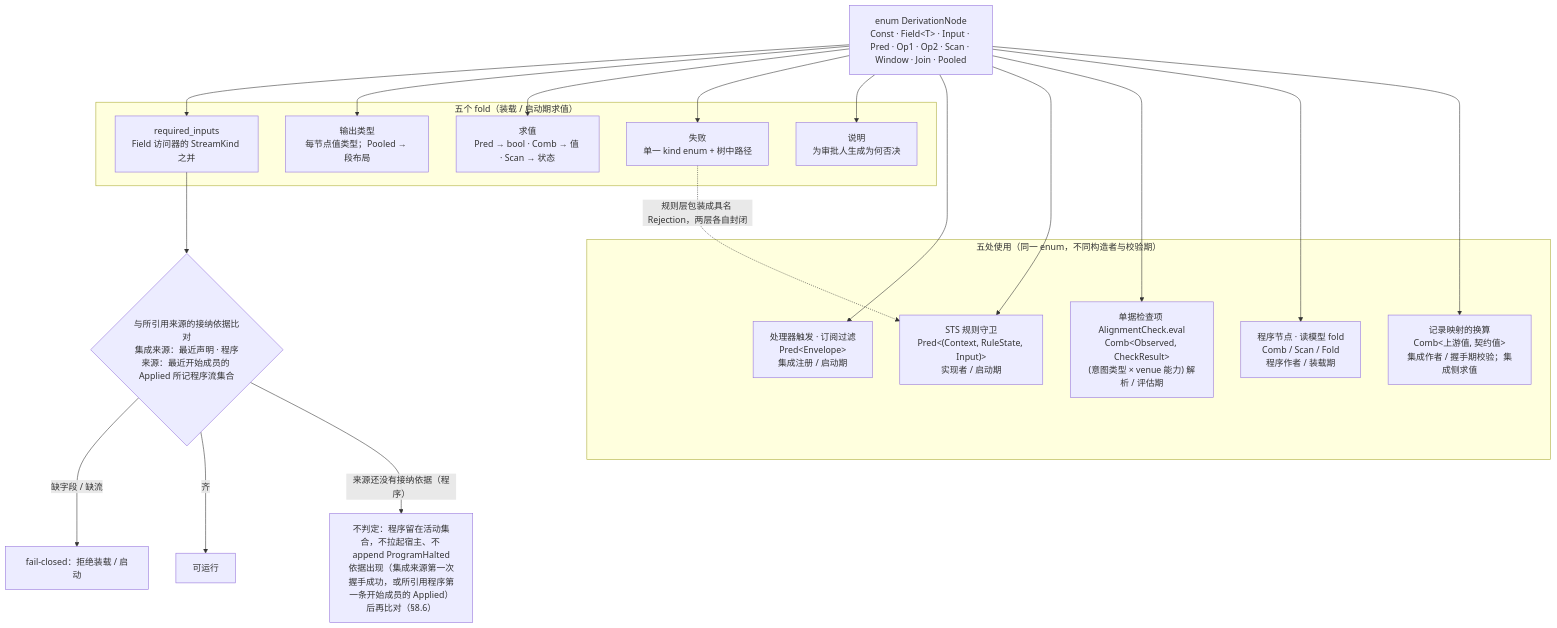
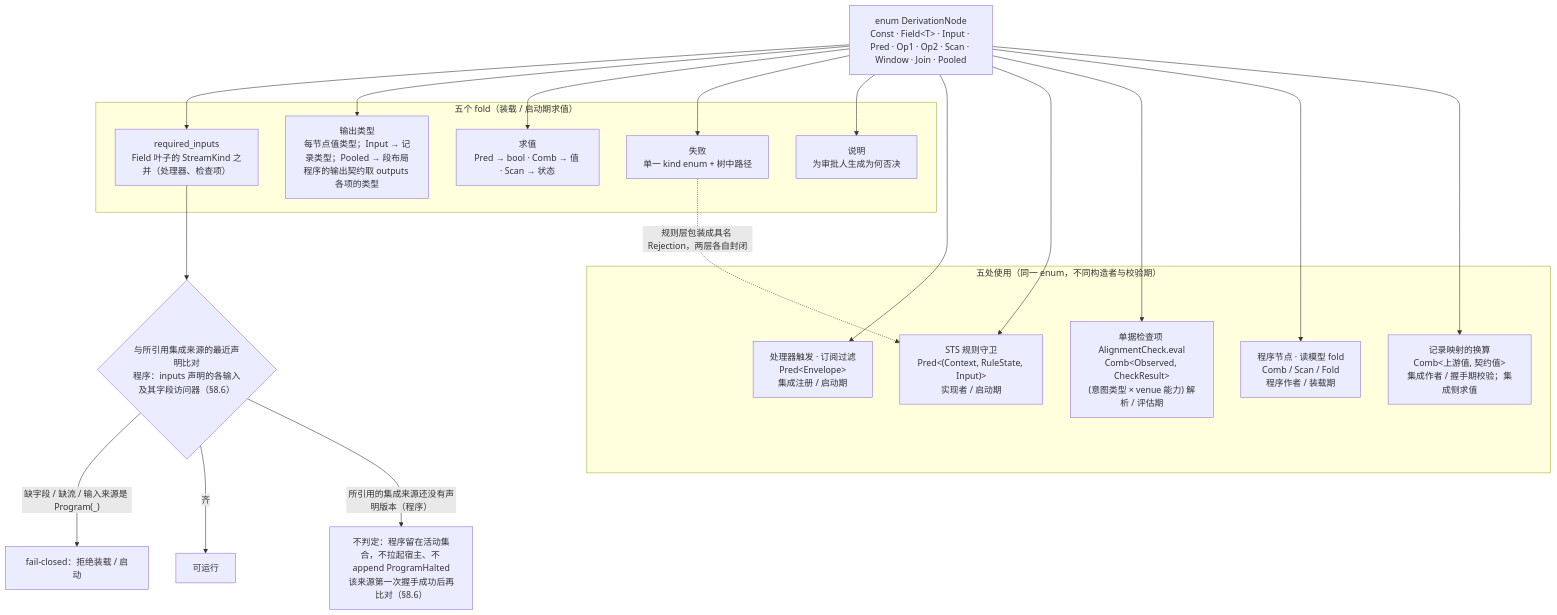
Before and after one commit to mouriya-s-lab/uta: the third of 4 diagrams in design/diagrams/02-record-model.md, drawn with Mermaid. The commit also changed other lines of this file and 14 other files, not shown here.

````diff
--- a/design/diagrams/02-record-model.md
+++ b/design/diagrams/02-record-model.md
@@ -73,25 +73,25 @@
 ```mermaid
 flowchart TB
   ENUM["enum DerivationNode<br/>Const · Field&lt;T&gt; · Input · Pred · Op1 · Op2 · Scan · Window · Join · Pooled"]
   subgraph FOLDS["五个 fold（装载 / 启动期求值）"]
-    F1["required_inputs<br/>Field 访问器的 StreamKind 之并"]
-    F2["输出类型<br/>每节点值类型；Pooled → 段布局"]
+    F1["required_inputs<br/>Field 叶子的 StreamKind 之并（处理器、检查项）"]
+    F2["输出类型<br/>每节点值类型；Input → 记录类型；Pooled → 段布局<br/>程序的输出契约取 outputs 各项的类型"]
     F3["求值<br/>Pred → bool · Comb → 值 · Scan → 状态"]
     F4["失败<br/>单一 kind enum + 树中路径"]
     F5["说明<br/>为审批人生成为何否决"]
   end
   ENUM --> F1 & F2 & F3 & F4 & F5
-  F1 --> CMP{"与所引用来源的接纳依据比对<br/>集成来源：最近声明 · 程序来源：最近开始成员的 Applied 所记程序流集合"}
-  CMP -->|"缺字段 / 缺流"| FC["fail-closed：拒绝装载 / 启动"]
+  F1 --> CMP{"与所引用集成来源的最近声明比对<br/>程序：inputs 声明的各输入及其字段访问器（§8.6）"}
+  CMP -->|"缺字段 / 缺流 / 输入来源是 Program(_)"| FC["fail-closed：拒绝装载 / 启动"]
   CMP -->|"齐"| OK["可运行"]
-  CMP -->|"来源还没有接纳依据（程序）"| WAIT["不判定：程序留在活动集合，不拉起宿主、不 append ProgramHalted<br/>依据出现（集成来源第一次握手成功，或所引用程序第一条开始成员的 Applied）后再比对（§8.6）"]
+  CMP -->|"所引用的集成来源还没有声明版本（程序）"| WAIT["不判定：程序留在活动集合，不拉起宿主、不 append ProgramHalted<br/>该来源第一次握手成功后再比对（§8.6）"]
   subgraph USES["五处使用（同一 enum，不同构造者与校验期）"]
     U1["处理器触发 · 订阅过滤<br/>Pred&lt;Envelope&gt;<br/>集成注册 / 启动期"]
     U2["STS 规则守卫<br/>Pred&lt;(Context, RuleState, Input)&gt;<br/>实现者 / 启动期"]
     U3["单据检查项 AlignmentCheck.eval<br/>Comb&lt;Observed, CheckResult&gt;<br/>(意图类型 × venue 能力) 解析 / 评估期"]
     U4["程序节点 · 读模型 fold<br/>Comb / Scan / Fold<br/>程序作者 / 装载期"]
     U5["记录映射的换算<br/>Comb&lt;上游值, 契约值&gt;<br/>集成作者 / 握手期校验；集成侧求值"]
   end
   ENUM --> U1 & U2 & U3 & U4 & U5
   F4 -.->|"规则层包装成具名 Rejection，两层各自封闭"| U2
 ```
````
